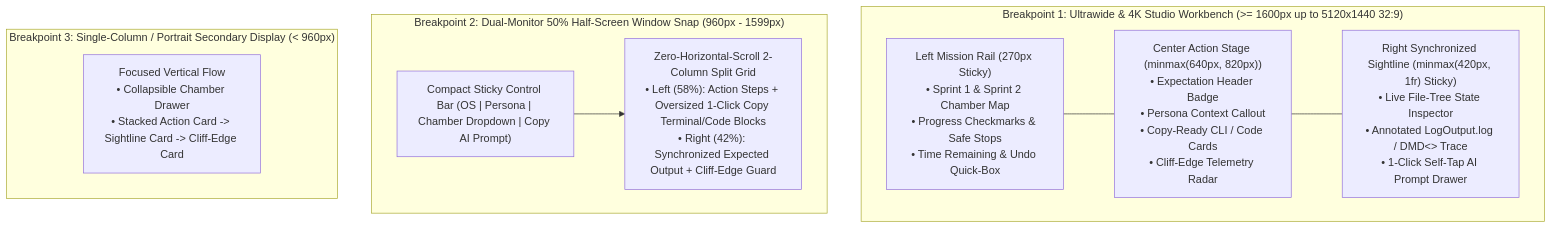
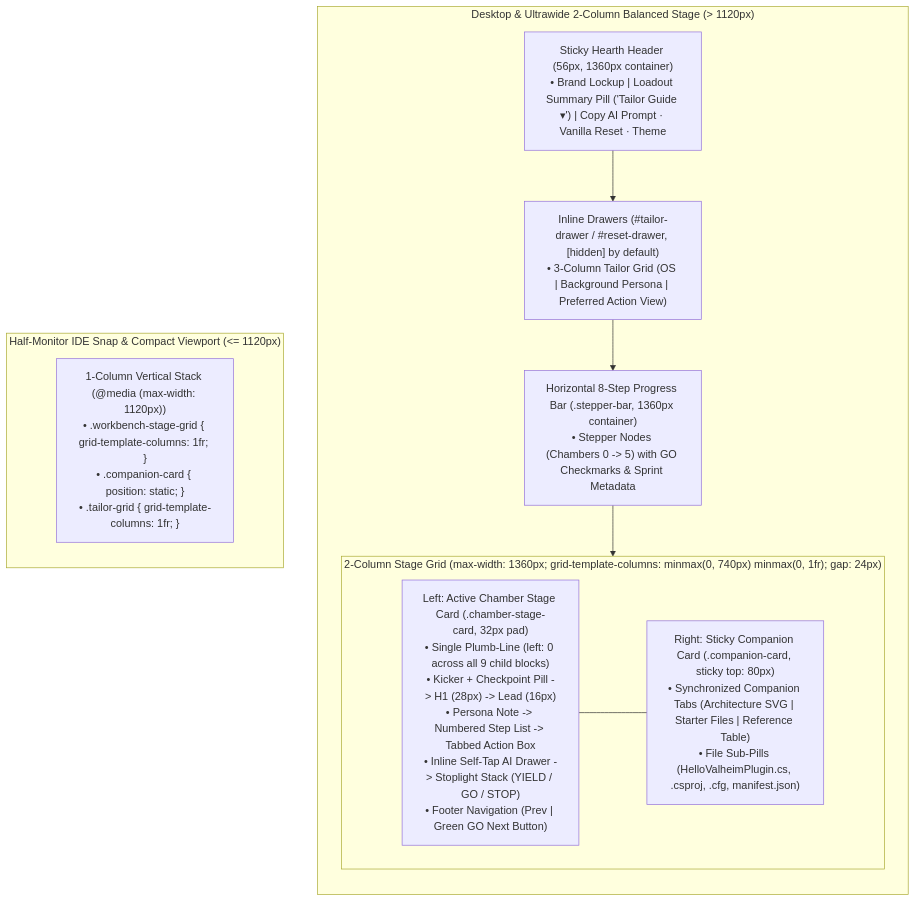
One commit to djcdevelopment/valheim-modding-101 changed the diagram in product/04-PROSUMER-RESPONSIVE-SPEC.md. Above: the diagram before and after it, drawn with Mermaid. The commit also changed other lines of this file and 12 other files, not shown here.

Commit message:
feat(site): overhaul workbench to v2 Viking Hearth & Stoplight single-chamber design

````diff
--- a/product/04-PROSUMER-RESPONSIVE-SPEC.md
+++ b/product/04-PROSUMER-RESPONSIVE-SPEC.md
@@ -11,22 +11,21 @@
 ```mermaid
 flowchart TD
-    subgraph BP1 ["Breakpoint 1: Ultrawide & 4K Studio Workbench (>= 1600px up to 5120x1440 32:9)"]
-        direction LR
-        B1_Left["Left Mission Rail (270px Sticky)\n• Sprint 1 & Sprint 2 Chamber Map\n• Progress Checkmarks & Safe Stops\n• Time Remaining & Undo Quick-Box"]
-        B1_Center["Center Action Stage (minmax(640px, 820px))\n• Expectation Header Badge\n• Persona Context Callout\n• Copy-Ready CLI / Code Cards\n• Cliff-Edge Telemetry Radar"]
-        B1_Right["Right Synchronized Sightline (minmax(420px, 1fr) Sticky)\n• Live File-Tree State Inspector\n• Annotated LogOutput.log / DMD<> Trace\n• 1-Click Self-Tap AI Prompt Drawer"]
-        B1_Left --- B1_Center --- B1_Right
+    subgraph Desktop ["Desktop & Ultrawide 2-Column Balanced Stage (> 1120px)"]
+        direction TB
+        H1["Sticky Hearth Header (56px, 1360px container)\n• Brand Lockup | Loadout Summary Pill ('Tailor Guide ▾') | Copy AI Prompt · Vanilla Reset · Theme"]
+        D1["Inline Drawers (#tailor-drawer / #reset-drawer, [hidden] by default)\n• 3-Column Tailor Grid (OS | Background Persona | Preferred Action View)"]
+        S1["Horizontal 8-Step Progress Bar (.stepper-bar, 1360px container)\n• Stepper Nodes (Chambers 0 -> 5) with GO Checkmarks & Sprint Metadata"]
+        subgraph Grid2Col ["2-Column Stage Grid (max-width: 1360px; grid-template-columns: minmax(0, 740px) minmax(0, 1fr); gap: 24px)"]
+            direction LR
+            LeftStage["Left: Active Chamber Stage Card (.chamber-stage-card, 32px pad)\n• Single Plumb-Line (left: 0 across all 9 child blocks)\n• Kicker + Checkpoint Pill -> H1 (28px) -> Lead (16px)\n• Persona Note -> Numbered Step List -> Tabbed Action Box\n• Inline Self-Tap AI Drawer -> Stoplight Stack (YIELD / GO / STOP)\n• Footer Navigation (Prev | Green GO Next Button)"]
+            RightComp["Right: Sticky Companion Card (.companion-card, sticky top: 80px)\n• Synchronized Companion Tabs (Architecture SVG | Starter Files | Reference Table)\n• File Sub-Pills (HelloValheimPlugin.cs, .csproj, .cfg, manifest.json)"]
+            LeftStage --- RightComp
+        end
+        H1 --> D1 --> S1 --> Grid2Col
     end
 
-    subgraph BP2 ["Breakpoint 2: Dual-Monitor 50% Half-Screen Window Snap (960px - 1599px)"]
-        direction LR
-        B2_Top["Compact Sticky Control Bar (OS | Persona | Chamber Dropdown | Copy AI Prompt)"]
-        B2_Split["Zero-Horizontal-Scroll 2-Column Split Grid\n• Left (58%): Action Steps + Oversized 1-Click Copy Terminal/Code Blocks\n• Right (42%): Synchronized Expected Output + Cliff-Edge Guard"]
-        B2_Top --> B2_Split
-    end
-
-    subgraph BP3 ["Breakpoint 3: Single-Column / Portrait Secondary Display (< 960px)"]
+    subgraph Compact ["Half-Monitor IDE Snap & Compact Viewport (<= 1120px)"]
         direction TB
-        B3_Col["Focused Vertical Flow\n• Collapsible Chamber Drawer\n• Stacked Action Card -> Sightline Card -> Cliff-Edge Card"]
+        C_Grid["1-Column Vertical Stack (@media (max-width: 1120px))\n• .workbench-stage-grid { grid-template-columns: 1fr; }\n• .companion-card { position: static; }\n• .tailor-grid { grid-template-columns: 1fr; }"]
     end
 ```
````
